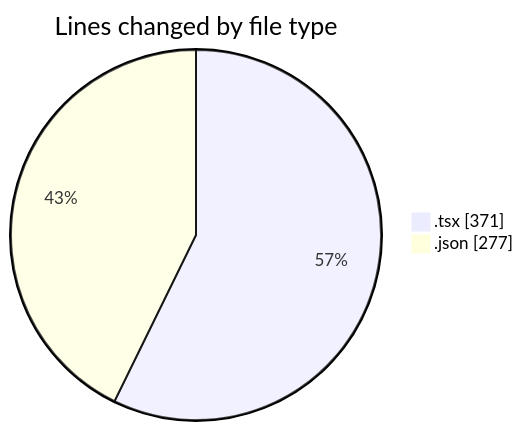
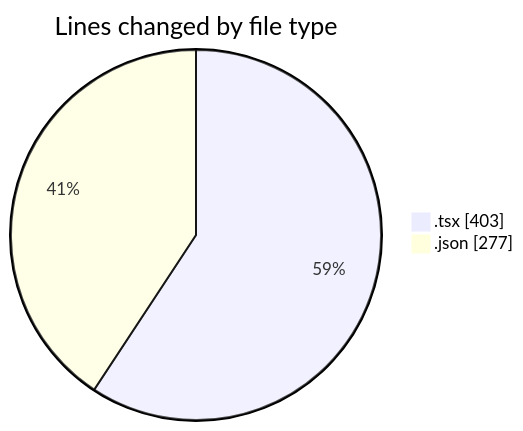
Before and after one commit to Elitesun/code-tracking: the first of 2 diagrams in 2025-05-04/niten/README.md, drawn with Mermaid. The commit also changed other lines of this file and 1 other file, not shown here.

````diff
--- a/2025-05-04/niten/README.md
+++ b/2025-05-04/niten/README.md
@@ -27,6 +28,6 @@
 ```mermaid
 pie showData
 title Lines changed by file type
-".tsx" : 371
+".tsx" : 403
 ".json" : 277
 ```
````
